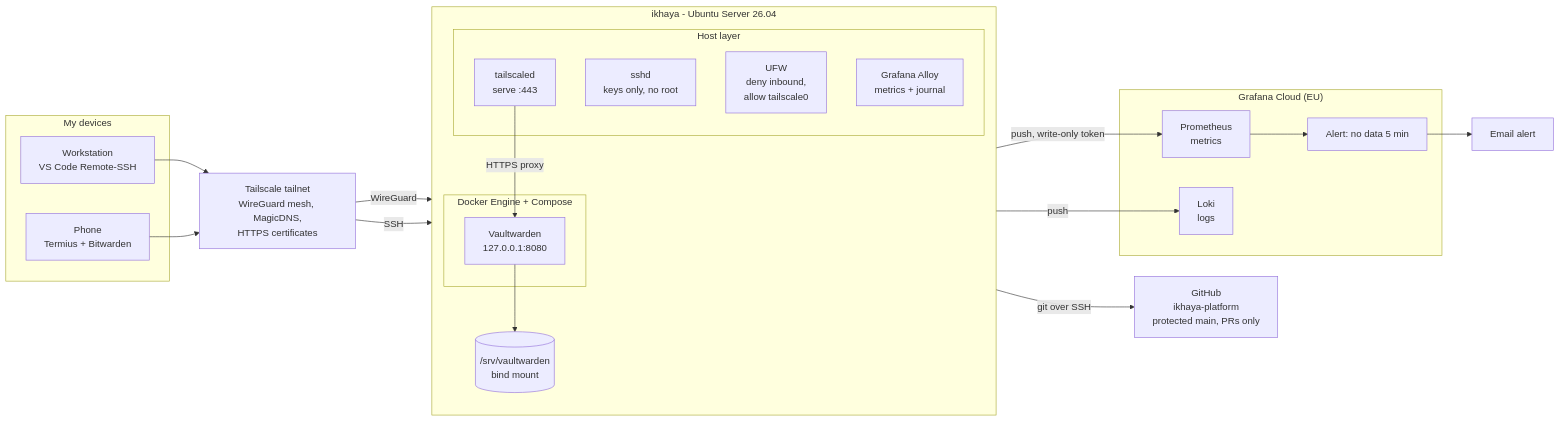
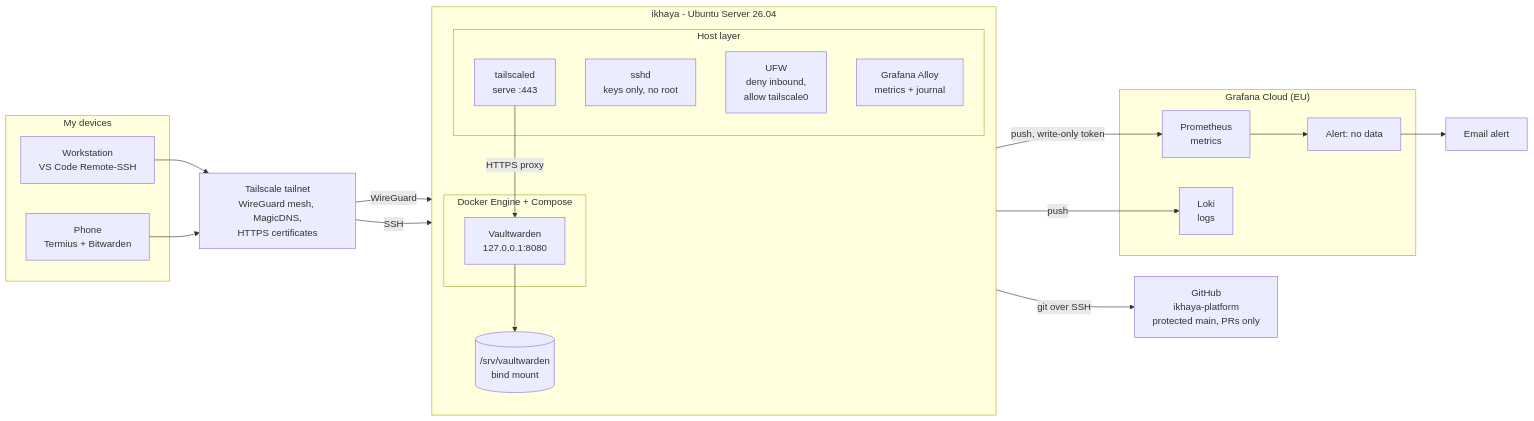
One commit to anelehina/ikhaya-platform changed the first of 2 diagrams in docs/architecture.md. Above: the diagram before and after it, drawn with Mermaid. The commit also changed other lines of this file and 10 other files, not shown here.

````diff
--- a/docs/architecture.md
+++ b/docs/architecture.md
@@ -7,43 +7,43 @@
 ```mermaid
 flowchart LR
     subgraph Devices["My devices"]
         Dell["Workstation<br/>VS Code Remote-SSH"]
         Phone["Phone<br/>Termius + Bitwarden"]
     end
 
     TS["Tailscale tailnet<br/>WireGuard mesh, MagicDNS,<br/>HTTPS certificates"]
 
     subgraph Ikhaya["ikhaya - Ubuntu Server 26.04"]
         direction TB
         subgraph Host["Host layer"]
             Tailscaled["tailscaled<br/>serve :443"]
             SSHD["sshd<br/>keys only, no root"]
             UFW["UFW<br/>deny inbound,<br/>allow tailscale0"]
             Alloy["Grafana Alloy<br/>metrics + journal"]
         end
         subgraph Docker["Docker Engine + Compose"]
             VW["Vaultwarden<br/>127.0.0.1:8080"]
         end
         SRV[("/srv/vaultwarden<br/>bind mount")]
     end
 
     subgraph GC["Grafana Cloud (EU)"]
         Prom["Prometheus<br/>metrics"]
         Loki["Loki<br/>logs"]
-        Alert["Alert: no data 5 min"]
+        Alert["Alert: no data"]
     end
 
     GH["GitHub<br/>ikhaya-platform<br/>protected main, PRs only"]
     Email["Email alert"]
 
     Dell --> TS
     Phone --> TS
     TS -->|"WireGuard"| Tailscaled
     TS -->|"SSH"| SSHD
     Tailscaled -->|"HTTPS proxy"| VW
     VW --> SRV
     Alloy -->|"push, write-only token"| Prom
     Alloy -->|"push"| Loki
     Prom --> Alert --> Email
     Ikhaya -->|"git over SSH"| GH
 ```
````
